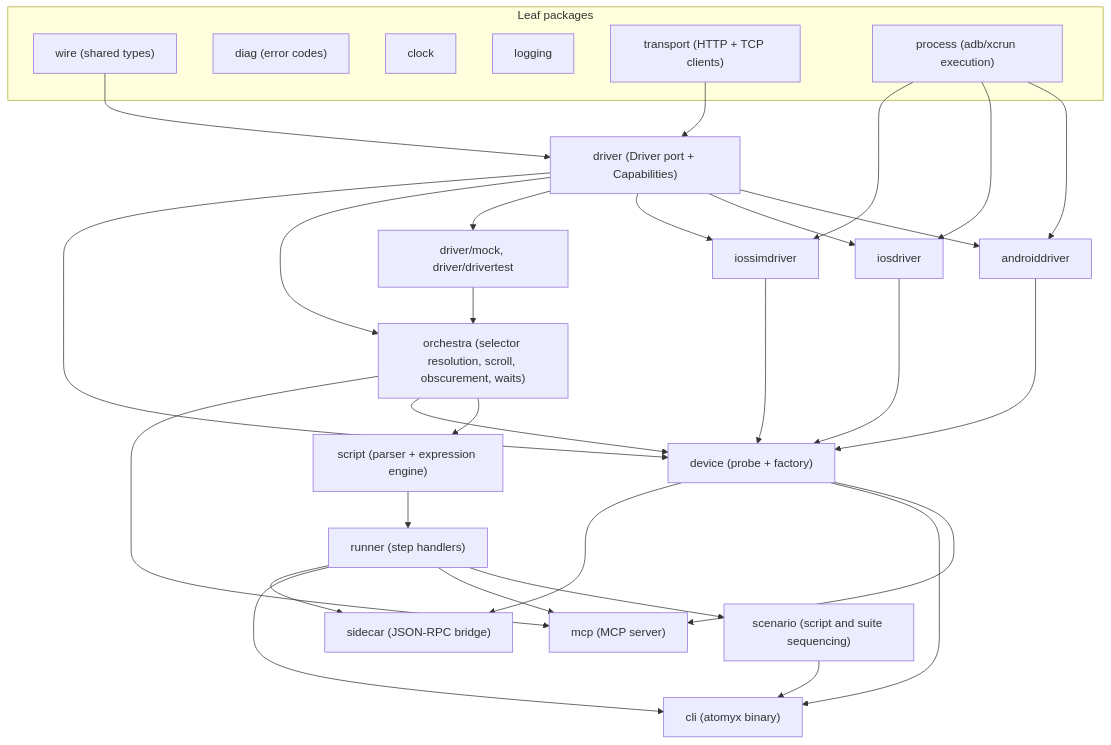
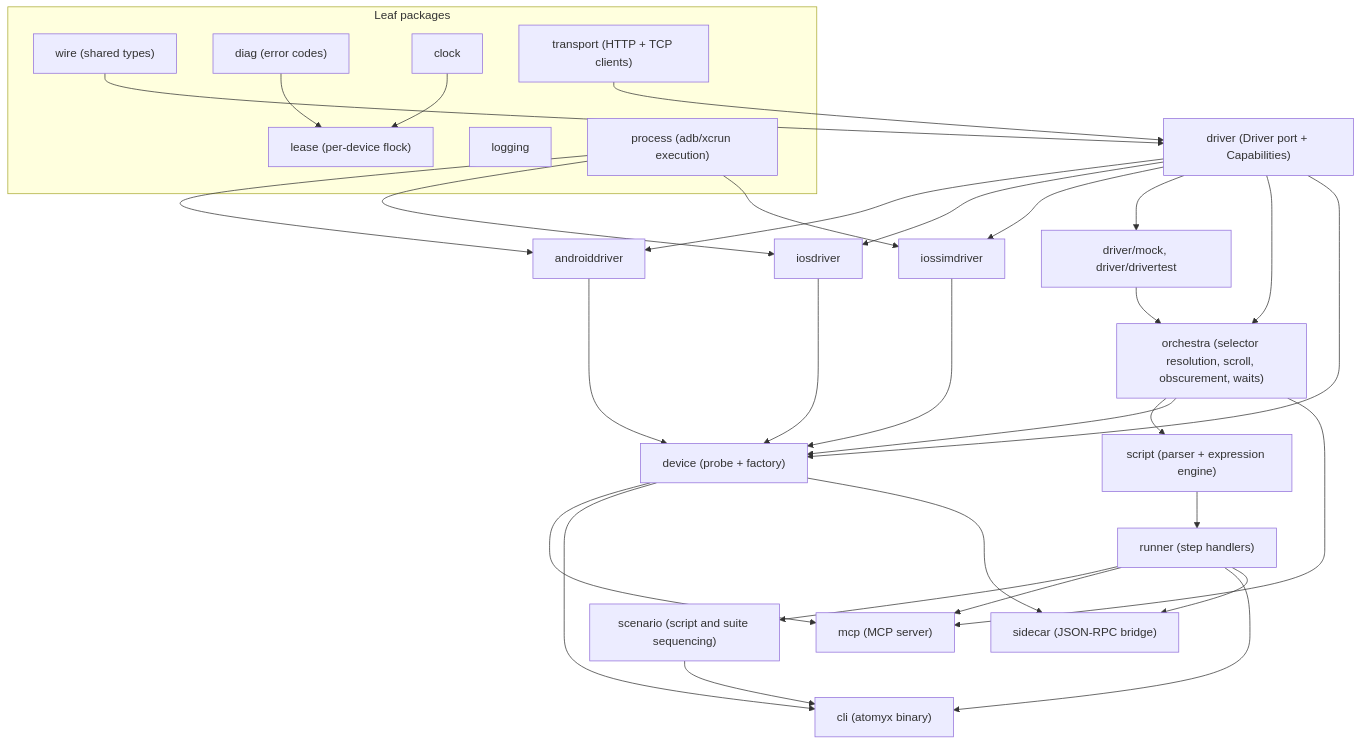
One commit to solrum/atomyx changed the diagram in .claude/docs/architecture.md. Above: the diagram before and after it, drawn with Mermaid. The commit also changed other lines of this file and 19 other files, not shown here.

````diff
--- a/.claude/docs/architecture.md
+++ b/.claude/docs/architecture.md
@@ -32,55 +32,58 @@
 ```mermaid
 flowchart TB
     subgraph leaves["Leaf packages"]
         wire["wire (shared types)"]
         diag["diag (error codes)"]
         clock["clock"]
+        lease["lease (per-device flock)"]
         logging["logging"]
         transport["transport (HTTP + TCP clients)"]
         process["process (adb/xcrun execution)"]
     end
 
     driver["driver (Driver port + Capabilities)"]
     drivermock["driver/mock, driver/drivertest"]
     androiddriver["androiddriver"]
     iosdriver["iosdriver"]
     iossimdriver["iossimdriver"]
     orchestra["orchestra (selector resolution, scroll, obscurement, waits)"]
     script["script (parser + expression engine)"]
     runner["runner (step handlers)"]
     scenario["scenario (script and suite sequencing)"]
     device["device (probe + factory)"]
 
     mcp["mcp (MCP server)"]
     cli["cli (atomyx binary)"]
     sidecar["sidecar (JSON-RPC bridge)"]
 
+    diag --> lease
+    clock --> lease
     wire --> driver
     transport --> driver
     driver --> androiddriver
     driver --> iosdriver
     driver --> iossimdriver
     process --> androiddriver
     process --> iosdriver
     process --> iossimdriver
     driver --> drivermock
     driver --> orchestra
     drivermock --> orchestra
     orchestra --> script
     script --> runner
     runner --> scenario
     driver --> device
     androiddriver --> device
     iosdriver --> device
     iossimdriver --> device
     orchestra --> device
 
     orchestra --> mcp
     runner --> mcp
     device --> mcp
     runner --> cli
     device --> cli
     scenario --> cli
     device --> sidecar
     runner --> sidecar
 ```
````
